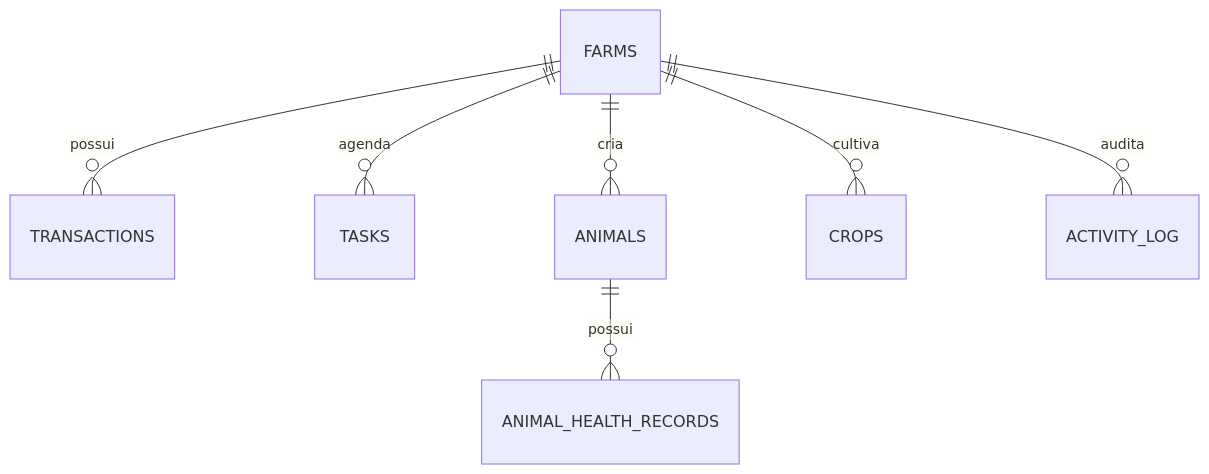
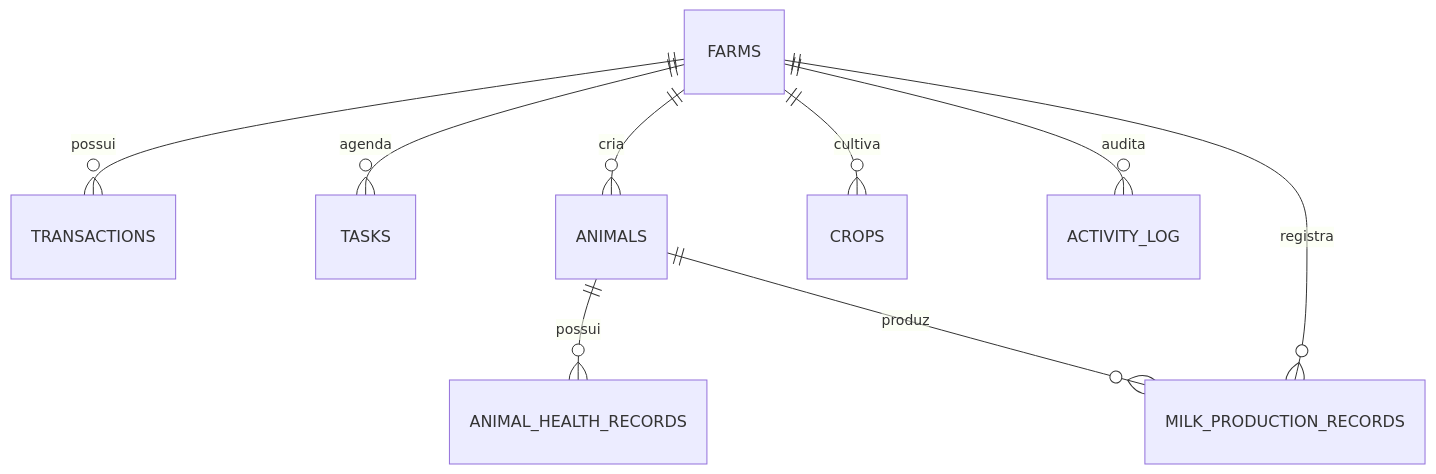
Diagram 22 of 28 in docs/documentacao-completa.md (rafael26ti-sys/rafael26ti-sys.github.io), drawn with Mermaid before and after one commit. The commit also changed other lines of this file and 8 other files, not shown here.

````diff
--- a/docs/documentacao-completa.md
+++ b/docs/documentacao-completa.md
@@ -652,9 +662,11 @@
 ```mermaid
 erDiagram
     FARMS ||--o{ TRANSACTIONS : possui
     FARMS ||--o{ TASKS : agenda
     FARMS ||--o{ ANIMALS : cria
     ANIMALS ||--o{ ANIMAL_HEALTH_RECORDS : possui
+    ANIMALS ||--o{ MILK_PRODUCTION_RECORDS : produz
+    FARMS ||--o{ MILK_PRODUCTION_RECORDS : registra
     FARMS ||--o{ CROPS : cultiva
     FARMS ||--o{ ACTIVITY_LOG : audita
 ```
````
